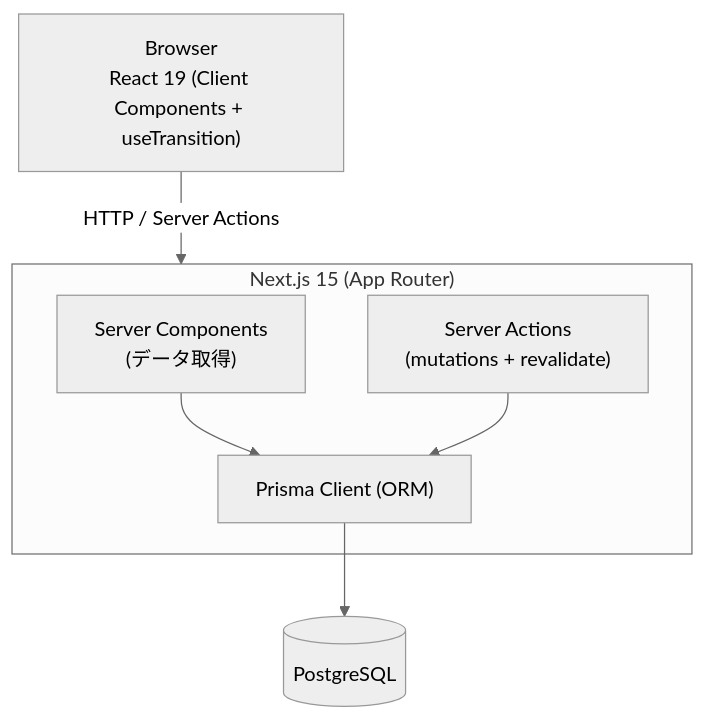
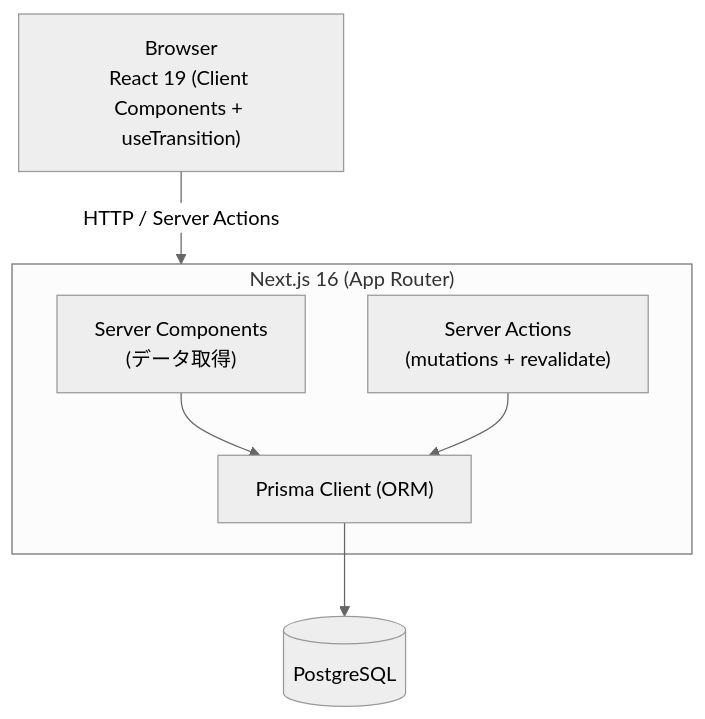
One commit to izumacha/helpdesk-hub changed the first of 3 diagrams in docs/architecture.md. Above: the diagram before and after it, drawn with Mermaid (neutral theme). The commit also changed other lines of this file and 9 other files, not shown here.

````diff
--- a/docs/architecture.md
+++ b/docs/architecture.md
@@ -11,17 +11,17 @@
 ```mermaid
 flowchart TB
     Browser["Browser<br/>React 19 (Client Components + useTransition)"]
 
-    subgraph NextJS["Next.js 15 (App Router)"]
+    subgraph NextJS["Next.js 16 (App Router)"]
         SC["Server Components<br/>(データ取得)"]
         SA["Server Actions<br/>(mutations + revalidate)"]
         Prisma["Prisma Client (ORM)"]
         SC --> Prisma
         SA --> Prisma
     end
 
     DB[("PostgreSQL")]
 
     Browser -- "HTTP / Server Actions" --> NextJS
     Prisma --> DB
 ```
````
